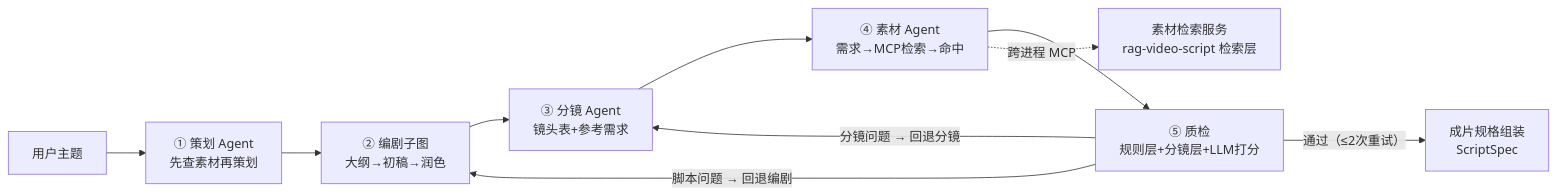
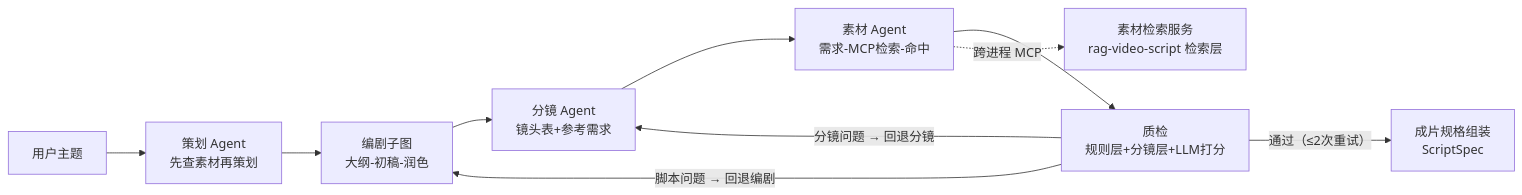
One commit to HuaSheng-405/agent-video-script changed the diagram in README.md. Above: the diagram before and after it, drawn with Mermaid. The commit also changed other lines of this file and 9 other files, not shown here.

````diff
--- a/README.md
+++ b/README.md
@@ -8,12 +16,12 @@
 ```mermaid
 flowchart LR
-    A[用户主题] --> P[① 策划 Agent<br/>先查素材再策划]
-    P --> W[② 编剧子图<br/>大纲→初稿→润色]
-    W --> S[③ 分镜 Agent<br/>镜头表+参考需求]
-    S --> M[④ 素材 Agent<br/>需求→MCP检索→命中]
-    M --> Q[⑤ 质检<br/>规则层+分镜层+LLM打分]
+    A[用户主题] --> P[策划 Agent<br/>先查素材再策划]
+    P --> W[编剧子图<br/>大纲-初稿-润色]
+    W --> S[分镜 Agent<br/>镜头表+参考需求]
+    S --> M[素材 Agent<br/>需求-MCP检索-命中]
+    M --> Q[质检<br/>规则层+分镜层+LLM打分]
     Q -- "脚本问题 → 回退编剧" --> W
     Q -- "分镜问题 → 回退分镜" --> S
     Q -- "通过（≤2次重试）" --> R[成片规格组装<br/>ScriptSpec]
     M -. 跨进程 MCP .-> V[素材检索服务<br/>rag-video-script 检索层]
 ```
````
